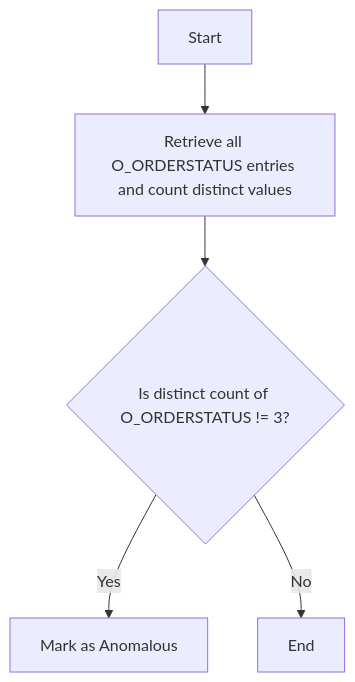
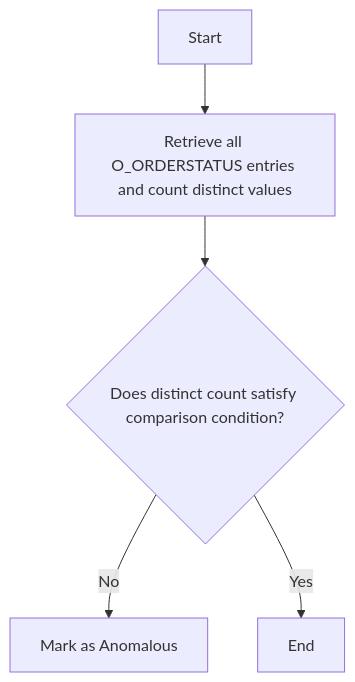
Before and after one commit to Qualytics/userguide: the diagram in docs/checks/distinct-count-check.md, drawn with Mermaid. The commit also changed other lines of this file, not shown here.

````diff
--- a/docs/checks/distinct-count-check.md
+++ b/docs/checks/distinct-count-check.md
@@ -83,7 +96,7 @@
     ``` mermaid
     graph TD
     A[Start] --> B[Retrieve all O_ORDERSTATUS entries and count distinct values]
-    B --> C{Is distinct count of O_ORDERSTATUS != 3?}
-    C -->|Yes| D[Mark as Anomalous]
-    C -->|No| E[End]
+    B --> C{Does distinct count satisfy comparison condition?}
+    C -->|No| D[Mark as Anomalous]
+    C -->|Yes| E[End]
     ```
````
